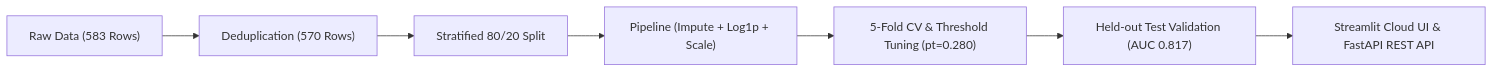
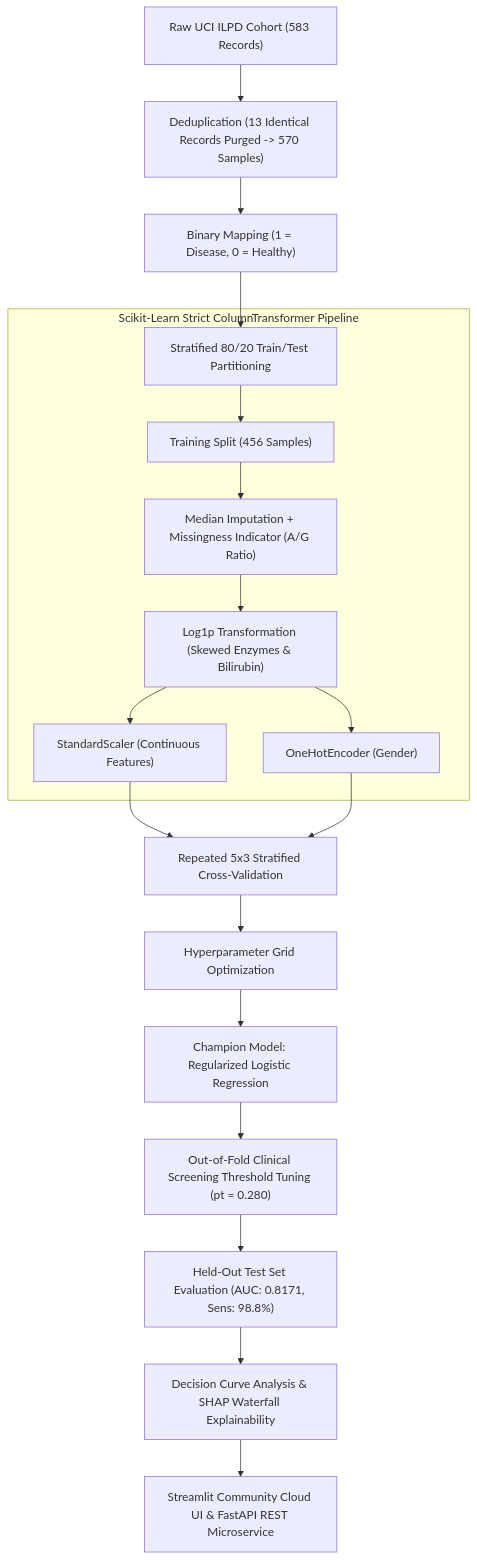
The diagram in README.md (simnexis/liver-disease-prediction), drawn with Mermaid before and after one commit. The commit also changed other lines of this file, not shown here.

````diff
--- a/README.md
+++ b/README.md
@@ -42,9 +54,23 @@
 ```mermaid
-graph LR
-    A["Raw Data (583 Rows)"] --> B["Deduplication (570 Rows)"]
-    B --> C["Stratified 80/20 Split"]
-    C --> D["Pipeline (Impute + Log1p + Scale)"]
-    D --> E["5-Fold CV & Threshold Tuning (pt=0.280)"]
-    E --> F["Held-out Test Validation (AUC 0.817)"]
-    F --> G["Streamlit Cloud UI & FastAPI REST API"]
+graph TD
+    A["Raw UCI ILPD Cohort (583 Records)"] --> B["Deduplication (13 Identical Records Purged -> 570 Samples)"]
+    B --> C["Binary Mapping (1 = Disease, 0 = Healthy)"]
+    C --> D["Stratified 80/20 Train/Test Partitioning"]
+    
+    subgraph "Scikit-Learn Strict ColumnTransformer Pipeline"
+        D --> E["Training Split (456 Samples)"]
+        E --> F["Median Imputation + Missingness Indicator (A/G Ratio)"]
+        F --> G["Log1p Transformation (Skewed Enzymes & Bilirubin)"]
+        G --> H["StandardScaler (Continuous Features)"]
+        G --> I["OneHotEncoder (Gender)"]
+    end
+    
+    H --> J["Repeated 5x3 Stratified Cross-Validation"]
+    I --> J
+    J --> K["Hyperparameter Grid Optimization"]
+    K --> L["Champion Model: Regularized Logistic Regression"]
+    L --> M["Out-of-Fold Clinical Screening Threshold Tuning (pt = 0.280)"]
+    M --> N["Held-Out Test Set Evaluation (AUC: 0.8171, Sens: 98.8%)"]
+    N --> O["Decision Curve Analysis & SHAP Waterfall Explainability"]
+    O --> P["Streamlit Community Cloud UI & FastAPI REST Microservice"]
 ```
````
